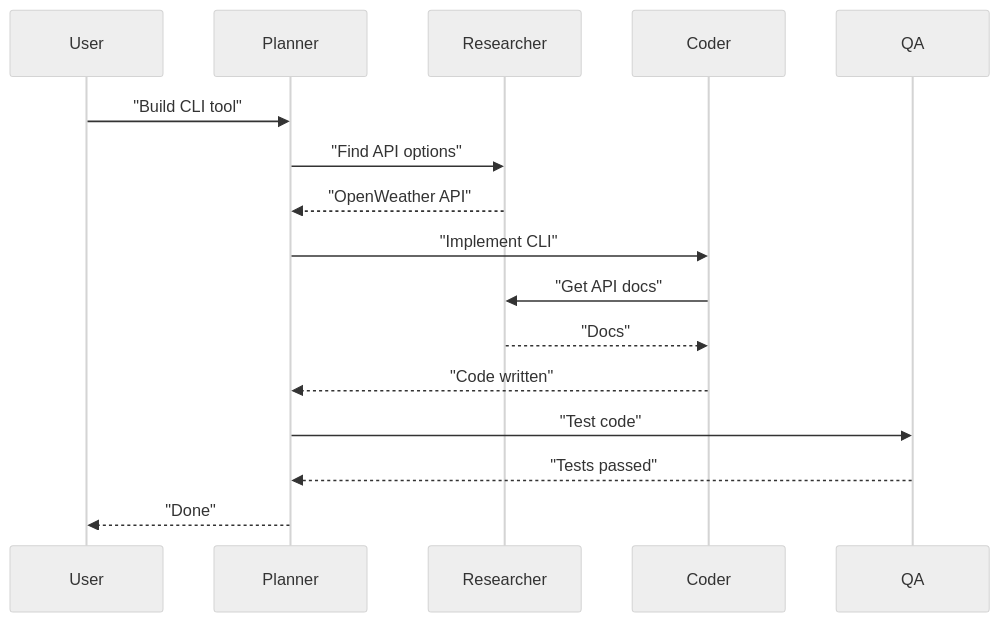
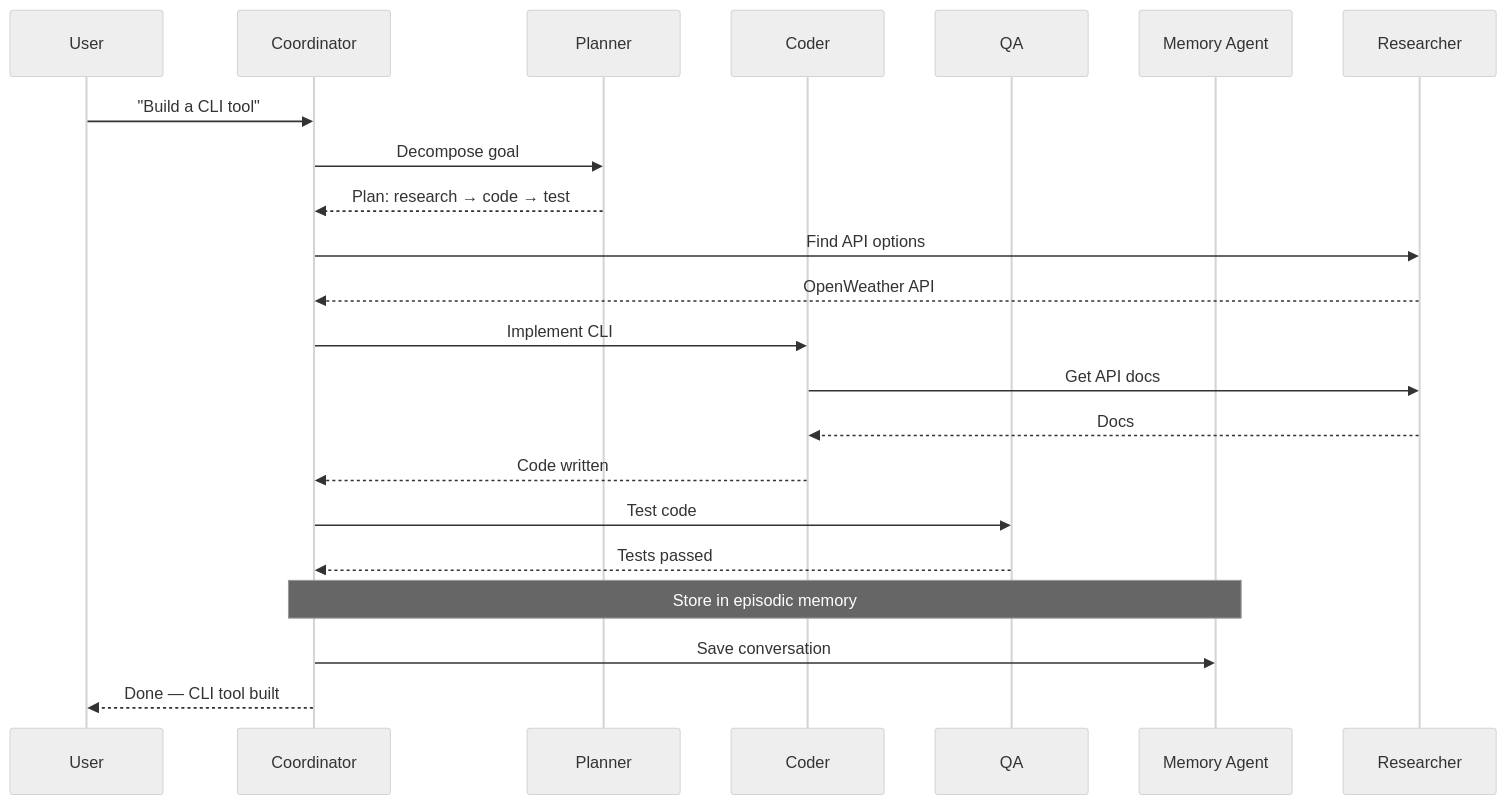
One commit to krushna081/chakravyuh-ai changed the second of 2 diagrams in docs/AGENTS.md. Above: the diagram before and after it, drawn with Mermaid (neutral theme). The commit also changed other lines of this file and 41 other files, not shown here.

````diff
--- a/docs/AGENTS.md
+++ b/docs/AGENTS.md
@@ -62,13 +148,24 @@
 ```mermaid
 sequenceDiagram
-    User->>Planner: "Build CLI tool"
-    Planner->>Researcher: "Find API options"
-    Researcher-->>Planner: "OpenWeather API"
-    Planner->>Coder: "Implement CLI"
-    Coder->>Researcher: "Get API docs"
-    Researcher-->>Coder: "Docs"
-    Coder-->>Planner: "Code written"
-    Planner->>QA: "Test code"
-    QA-->>Planner: "Tests passed"
-    Planner-->>User: "Done"
+    participant User
+    participant Coordinator
+    participant Planner
+    participant Coder
+    participant QA
+    participant Mem as Memory Agent
+
+    User->>Coordinator: "Build a CLI tool"
+    Coordinator->>Planner: Decompose goal
+    Planner-->>Coordinator: Plan: research → code → test
+    Coordinator->>Researcher: Find API options
+    Researcher-->>Coordinator: OpenWeather API
+    Coordinator->>Coder: Implement CLI
+    Coder->>Researcher: Get API docs
+    Researcher-->>Coder: Docs
+    Coder-->>Coordinator: Code written
+    Coordinator->>QA: Test code
+    QA-->>Coordinator: Tests passed
+    Note over Coordinator,Mem: Store in episodic memory
+    Coordinator->>Mem: Save conversation
+    Coordinator-->>User: Done — CLI tool built
 ```
````
